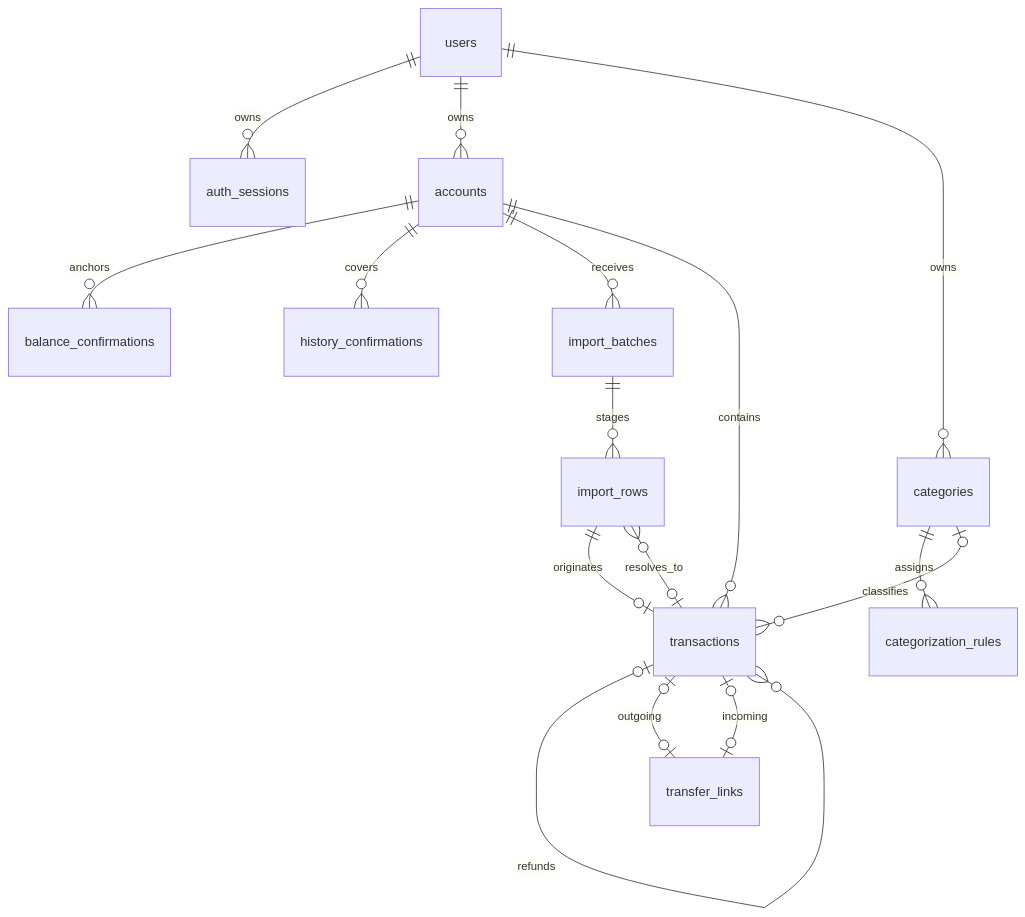
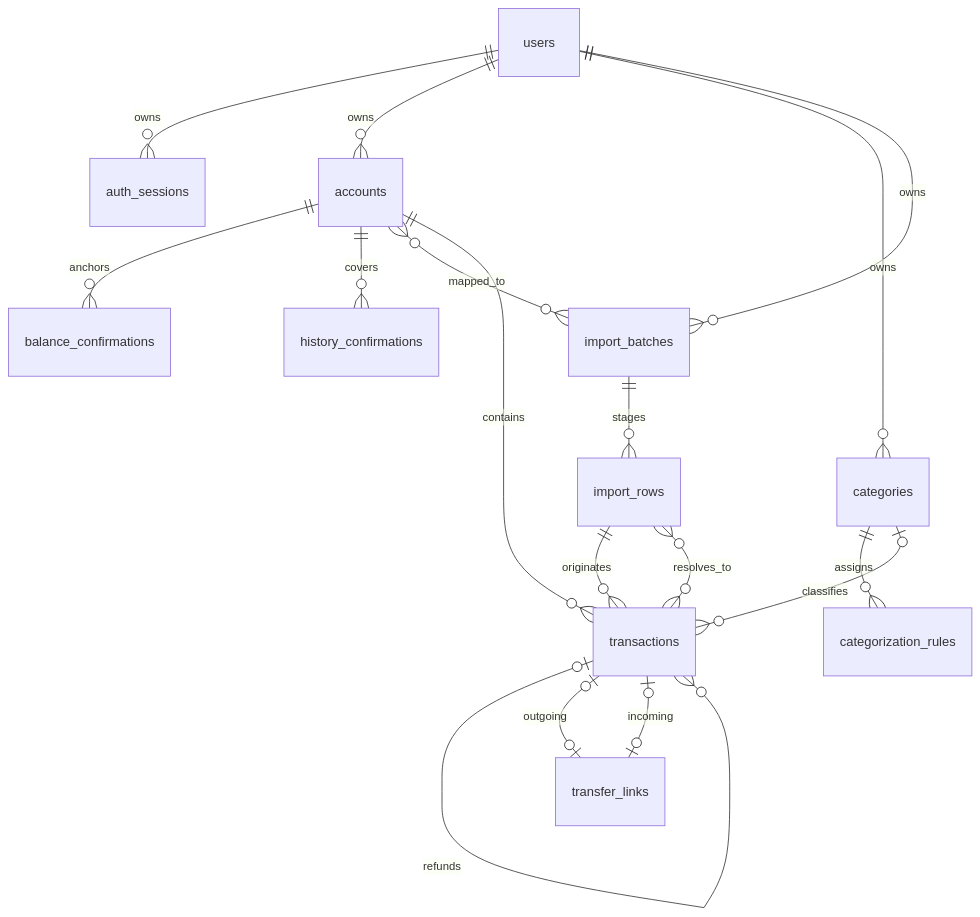
Before and after one commit to farafon666/FinanceIQ: the diagram in docs/DOMAIN_MODEL.md, drawn with Mermaid. The commit also changed other lines of this file and 10 other files, not shown here.

````diff
--- a/docs/DOMAIN_MODEL.md
+++ b/docs/DOMAIN_MODEL.md
@@ -48,18 +48,19 @@
 ```mermaid
 erDiagram
     users ||--o{ auth_sessions : owns
     users ||--o{ accounts : owns
     users ||--o{ categories : owns
     categories ||--o{ categorization_rules : assigns
     accounts ||--o{ balance_confirmations : anchors
     accounts ||--o{ history_confirmations : covers
-    accounts ||--o{ import_batches : receives
+    users ||--o{ import_batches : owns
+    accounts }o--o{ import_batches : mapped_to
     import_batches ||--o{ import_rows : stages
     accounts ||--o{ transactions : contains
-    import_rows ||--o| transactions : originates
-    transactions o|--o{ import_rows : resolves_to
+    import_rows ||--o{ transactions : originates
+    transactions }o--o{ import_rows : resolves_to
     categories o|--o{ transactions : classifies
     transactions o|--o{ transactions : refunds
     transactions o|--o| transfer_links : outgoing
     transactions o|--o| transfer_links : incoming
 ```
````
